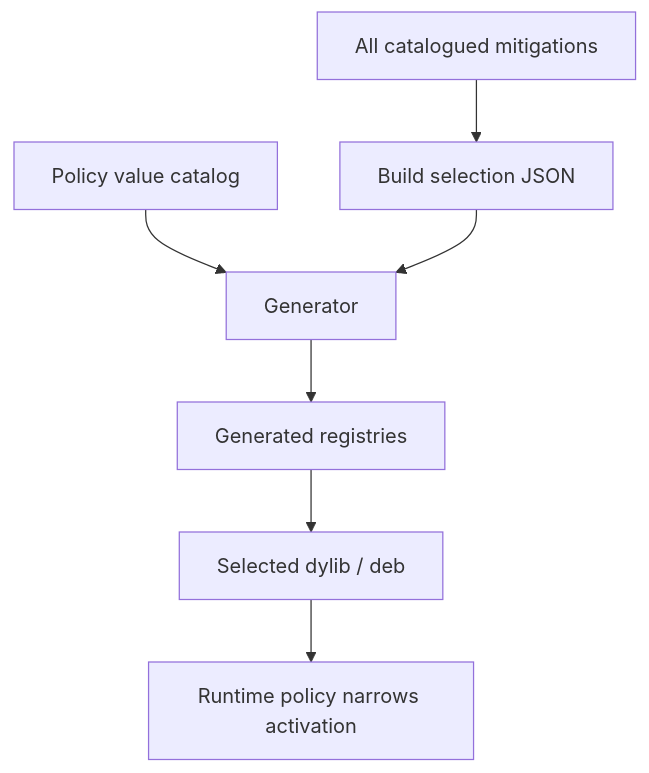
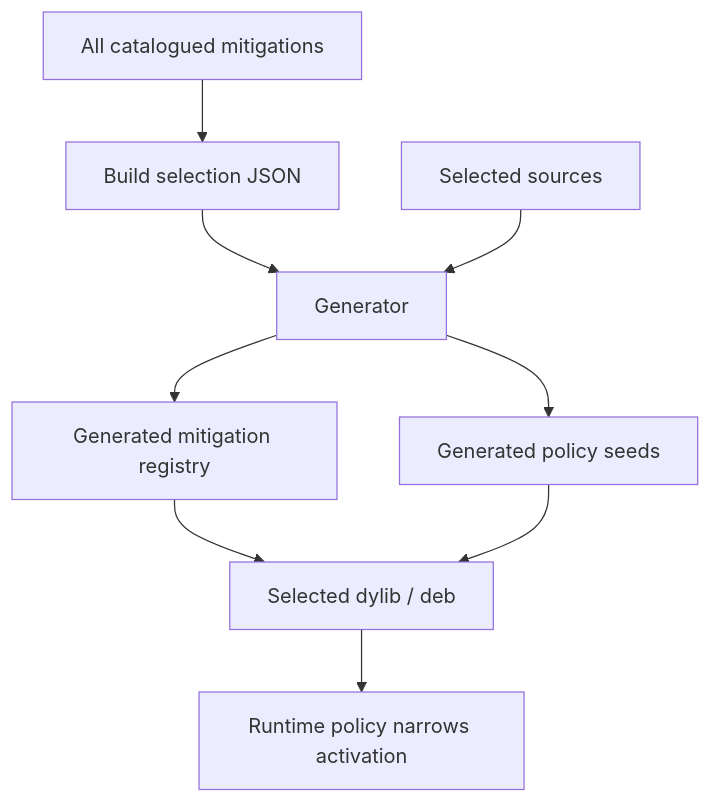
The diagram in docs/concepts/build-profiles.md (alecs297/loupehole), drawn with Mermaid before and after one commit. The commit also changed other lines of this file and 26 other files, not shown here.

Commit message:
Refresh docs for tweak-level policy seeds

````diff
--- a/docs/concepts/build-profiles.md
+++ b/docs/concepts/build-profiles.md
@@ -15,9 +17,11 @@
 ```mermaid
 flowchart TD
-    Catalog[All catalogued mitigations] --> Selection[Build selection JSON]
-    Values[Policy value catalog] --> Generator
+    Catalog["All catalogued mitigations"] --> Selection["Build selection JSON"]
     Selection --> Generator
-    Generator --> Registry[Generated registries]
-    Registry --> Build[Selected dylib / deb]
-    Build --> RuntimePolicy[Runtime policy narrows activation]
+    Sources["Selected sources"] --> Generator
+    Generator --> Registry["Generated mitigation registry"]
+    Generator --> Seeds["Generated policy seeds"]
+    Registry --> Build["Selected dylib / deb"]
+    Seeds --> Build
+    Build --> RuntimePolicy["Runtime policy narrows activation"]
 ```
````
